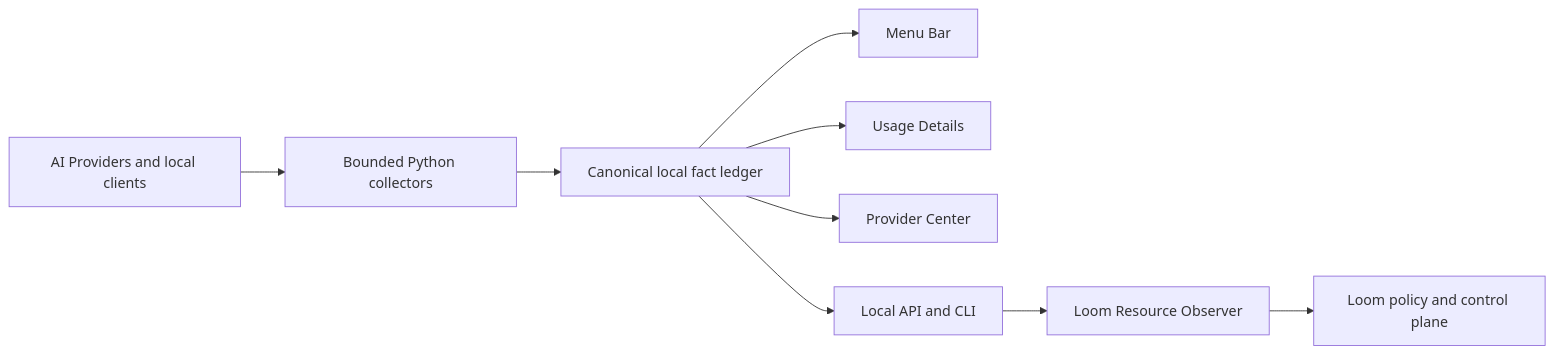
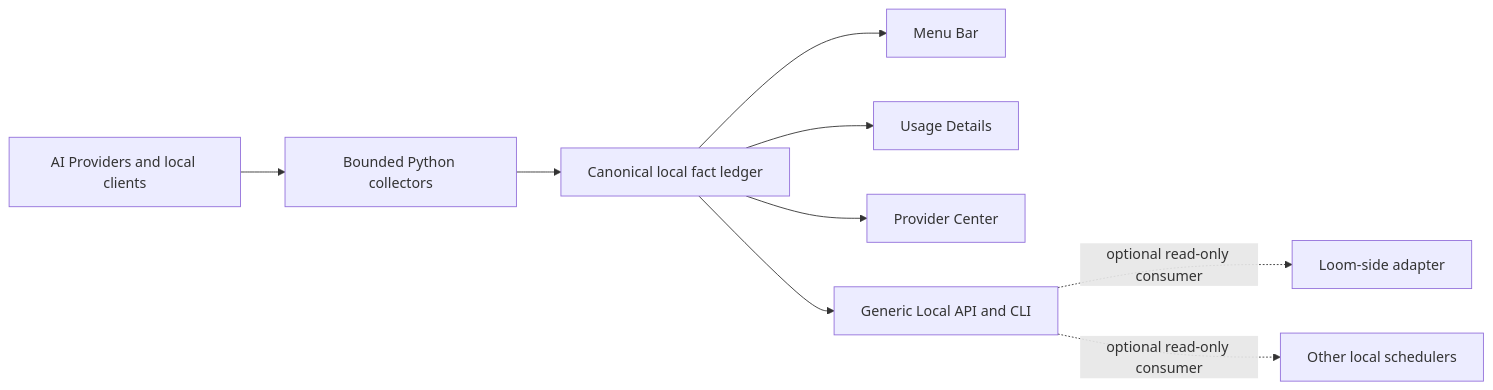
Before and after one commit to tttboy123/openusage-bar: the diagram in docs/superpowers/plans/2026-07-18-openusage-ai-resource-control-center.md, drawn with Mermaid. The commit also changed other lines of this file and 4 other files, not shown here.

Commit message:
docs: separate OpenUsage from optional Loom integration

````diff
--- a/docs/superpowers/plans/2026-07-18-openusage-ai-resource-control-center.md
+++ b/docs/superpowers/plans/2026-07-18-openusage-ai-resource-control-center.md
@@ -42,11 +47,11 @@
 ```mermaid
 flowchart LR
     providers["AI Providers and local clients"] --> collectors["Bounded Python collectors"]
     collectors --> ledger["Canonical local fact ledger"]
     ledger --> menu["Menu Bar"]
     ledger --> details["Usage Details"]
     ledger --> center["Provider Center"]
-    ledger --> api["Local API and CLI"]
-    api --> loom["Loom Resource Observer"]
-    loom --> policy["Loom policy and control plane"]
+    ledger --> api["Generic Local API and CLI"]
+    api -. "optional read-only consumer" .-> loom["Loom-side adapter"]
+    api -. "optional read-only consumer" .-> others["Other local schedulers"]
 ```
````
